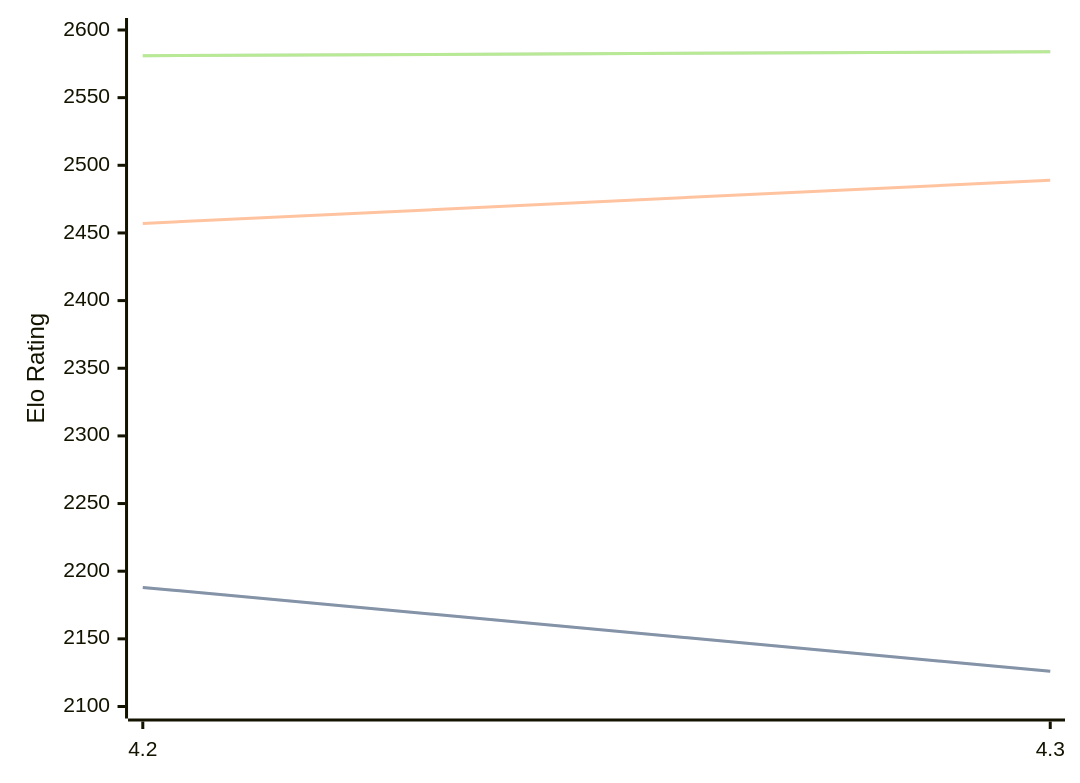
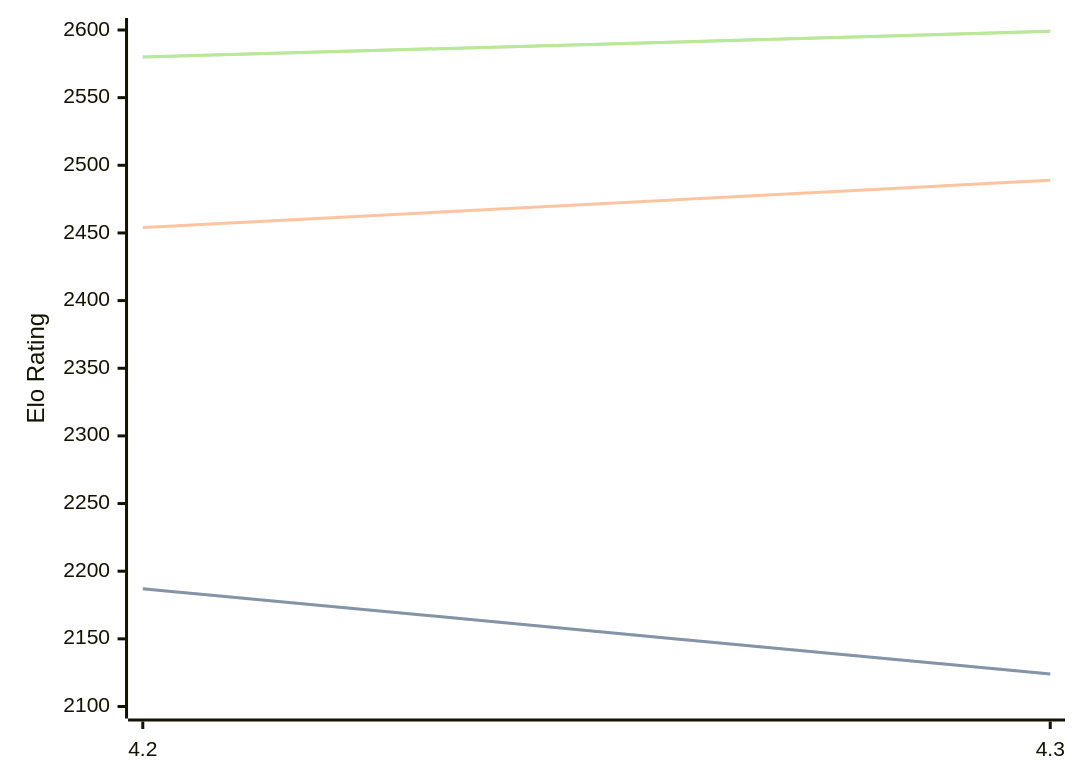
One commit to computer-chess-index/cci changed the diagram in engines/Eubos.md. Above: the diagram before and after it, drawn with Mermaid. The commit also changed other lines of this file, not shown here.

Commit message:
Update CCI Ratings (ELO VLTC) - 2026-04-01

````diff
--- a/engines/Eubos.md
+++ b/engines/Eubos.md
@@ -88,11 +88,11 @@
 ```mermaid
 %%{init: {"theme":"base","themeVariables":{"seriesColors:['#a3a3a3','#222221','#faa371']}}}%%
 xychart-beta
   x-axis ["4.2", "4.3"]
   y-axis "Elo Rating" 2100 --> 2600
-  line "STC (8.0+0.08s)" [2188, 2126]
-  line "STC (8.0+0.08s)" [2188, 2126]
-  line "LTC (60.0+0.60s)" [2457, 2489]
-  line "VLTC (2m24s+1.12s)" [2581, 2584]
-  line "VLTC (2m24s+1.12s)" [2581, 2584]
+  line "STC (8.0+0.08s)" [2187, 2124]
+  line "STC (8.0+0.08s)" [2187, 2124]
+  line "LTC (60.0+0.60s)" [2454, 2489]
+  line "VLTC (2m24s+1.12s)" [2580, 2599]
+  line "VLTC (2m24s+1.12s)" [2580, 2599]
 ```
````
